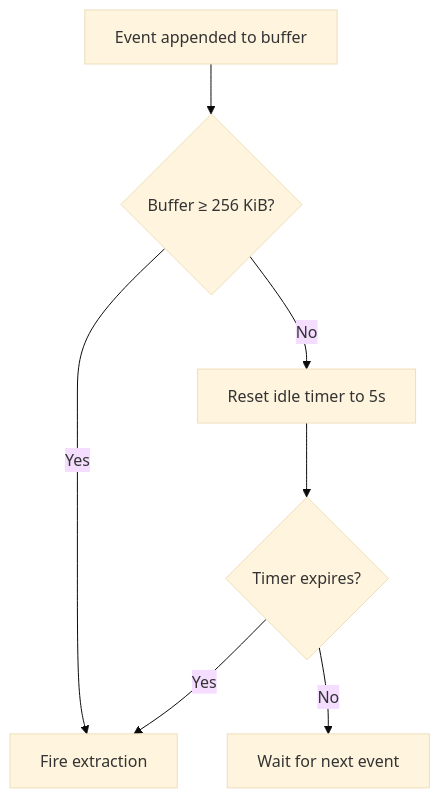
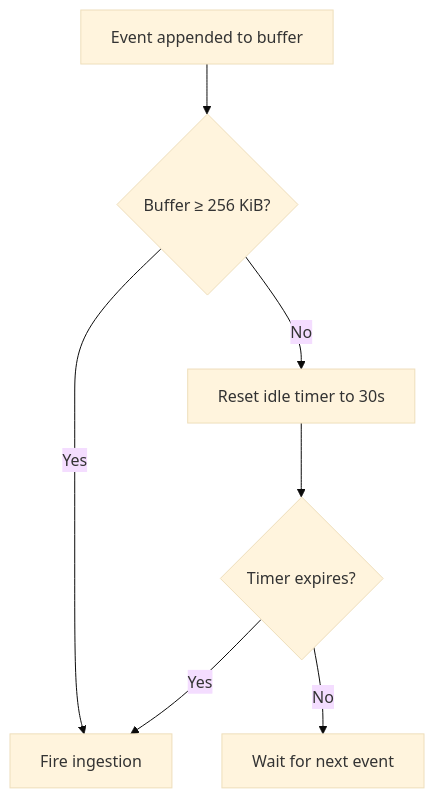
The second of 2 diagrams in docs/concepts/event-buffer.mdx (brendangeck/kiro-learn), drawn with Mermaid (base theme) before and after one commit. The commit also changed other lines of this file and 65 other files, not shown here.

````diff
--- a/docs/concepts/event-buffer.mdx
+++ b/docs/concepts/event-buffer.mdx
@@ -70,9 +70,9 @@
 ```mermaid
 flowchart TD
     A[Event appended to buffer] --> B{Buffer ≥ 256 KiB?}
-    B -->|Yes| C[Fire extraction]
-    B -->|No| D[Reset idle timer to 5s]
+    B -->|Yes| C[Fire ingestion]
+    B -->|No| D[Reset idle timer to 30s]
     D --> E{Timer expires?}
     E -->|Yes| C
     E -->|No| F[Wait for next event]
 ```
````
